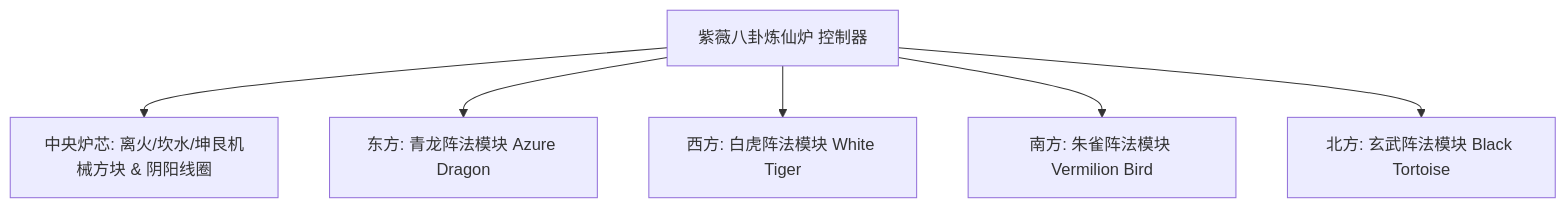
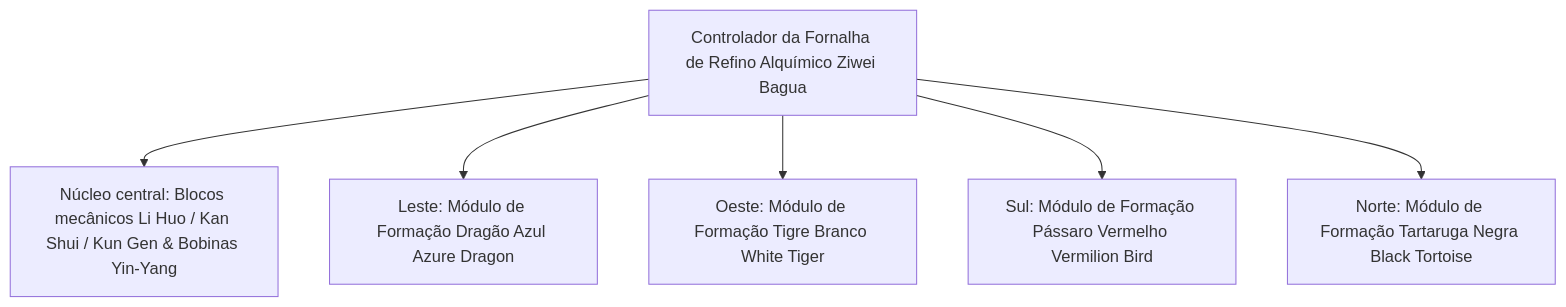
One commit to takanashisatou/GregtechEasy-Docs changed the diagram in docs/pt/gtecore/yin-yang-and-four-symbols.md. Above: the diagram before and after it, drawn with Mermaid. The commit also changed other lines of this file and 99 other files, not shown here.

````diff
--- a/docs/pt/gtecore/yin-yang-and-four-symbols.md
+++ b/docs/pt/gtecore/yin-yang-and-four-symbols.md
@@ -11,8 +11,8 @@
 ```mermaid
 graph TD
-    A[紫薇八卦炼仙炉 控制器] --> B[中央炉芯: 离火/坎水/坤艮机械方块 & 阴阳线圈]
-    A --> C[东方: 青龙阵法模块 Azure Dragon]
-    A --> D[西方: 白虎阵法模块 White Tiger]
-    A --> E[南方: 朱雀阵法模块 Vermilion Bird]
-    A --> F[北方: 玄武阵法模块 Black Tortoise]
+    A[Controlador da Fornalha de Refino Alquímico Ziwei Bagua] --> B[Núcleo central: Blocos mecânicos Li Huo / Kan Shui / Kun Gen & Bobinas Yin-Yang]
+    A --> C[Leste: Módulo de Formação Dragão Azul Azure Dragon]
+    A --> D[Oeste: Módulo de Formação Tigre Branco White Tiger]
+    A --> E[Sul: Módulo de Formação Pássaro Vermelho Vermilion Bird]
+    A --> F[Norte: Módulo de Formação Tartaruga Negra Black Tortoise]
 ```
````
